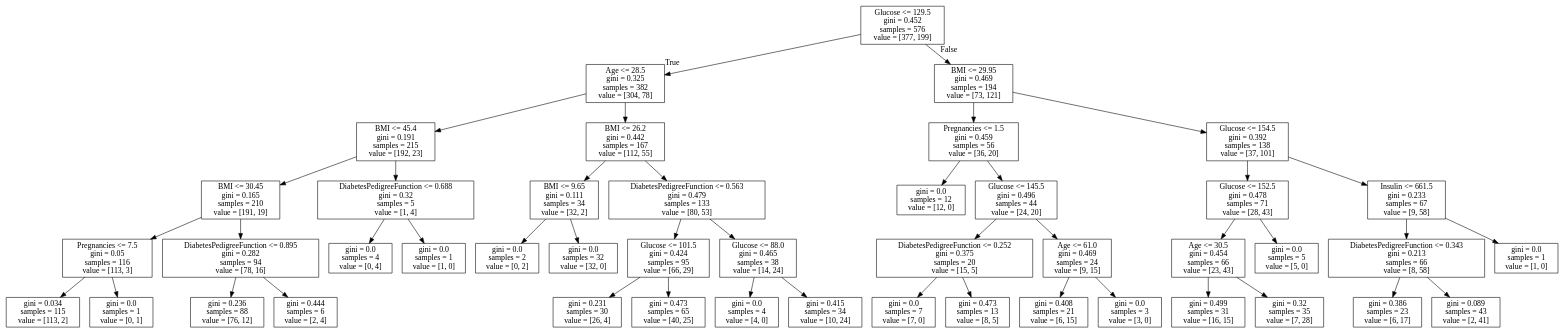
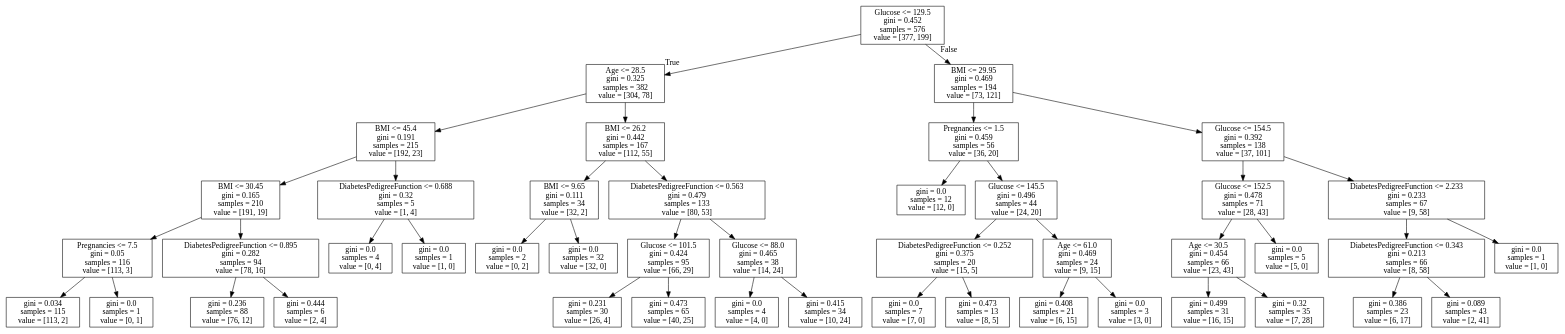
The diagram in diabetes.dot (ml-medics/diabetes-ml-study), drawn with Graphviz before and after one commit. The commit also changed 4 other files, not shown here.

```diff
--- a/diabetes.dot
+++ b/diabetes.dot
@@ -1,92 +1,92 @@
 digraph Tree {
 node [shape=box] ;
 0 [label="Glucose <= 129.5\ngini = 0.452\nsamples = 576\nvalue = [377, 199]"] ;
 1 [label="Age <= 28.5\ngini = 0.325\nsamples = 382\nvalue = [304, 78]"] ;
 0 -> 1 [labeldistance=2.5, labelangle=45, headlabel="True"] ;
 2 [label="BMI <= 45.4\ngini = 0.191\nsamples = 215\nvalue = [192, 23]"] ;
 1 -> 2 ;
 3 [label="BMI <= 30.45\ngini = 0.165\nsamples = 210\nvalue = [191, 19]"] ;
 2 -> 3 ;
 4 [label="Pregnancies <= 7.5\ngini = 0.05\nsamples = 116\nvalue = [113, 3]"] ;
 3 -> 4 ;
 5 [label="gini = 0.034\nsamples = 115\nvalue = [113, 2]"] ;
 4 -> 5 ;
 6 [label="gini = 0.0\nsamples = 1\nvalue = [0, 1]"] ;
 4 -> 6 ;
 7 [label="DiabetesPedigreeFunction <= 0.895\ngini = 0.282\nsamples = 94\nvalue = [78, 16]"] ;
 3 -> 7 ;
 8 [label="gini = 0.236\nsamples = 88\nvalue = [76, 12]"] ;
 7 -> 8 ;
 9 [label="gini = 0.444\nsamples = 6\nvalue = [2, 4]"] ;
 7 -> 9 ;
 10 [label="DiabetesPedigreeFunction <= 0.688\ngini = 0.32\nsamples = 5\nvalue = [1, 4]"] ;
 2 -> 10 ;
 11 [label="gini = 0.0\nsamples = 4\nvalue = [0, 4]"] ;
 10 -> 11 ;
 12 [label="gini = 0.0\nsamples = 1\nvalue = [1, 0]"] ;
 10 -> 12 ;
 13 [label="BMI <= 26.2\ngini = 0.442\nsamples = 167\nvalue = [112, 55]"] ;
 1 -> 13 ;
 14 [label="BMI <= 9.65\ngini = 0.111\nsamples = 34\nvalue = [32, 2]"] ;
 13 -> 14 ;
 15 [label="gini = 0.0\nsamples = 2\nvalue = [0, 2]"] ;
 14 -> 15 ;
 16 [label="gini = 0.0\nsamples = 32\nvalue = [32, 0]"] ;
 14 -> 16 ;
 17 [label="DiabetesPedigreeFunction <= 0.563\ngini = 0.479\nsamples = 133\nvalue = [80, 53]"] ;
 13 -> 17 ;
 18 [label="Glucose <= 101.5\ngini = 0.424\nsamples = 95\nvalue = [66, 29]"] ;
 17 -> 18 ;
 19 [label="gini = 0.231\nsamples = 30\nvalue = [26, 4]"] ;
 18 -> 19 ;
 20 [label="gini = 0.473\nsamples = 65\nvalue = [40, 25]"] ;
 18 -> 20 ;
 21 [label="Glucose <= 88.0\ngini = 0.465\nsamples = 38\nvalue = [14, 24]"] ;
 17 -> 21 ;
 22 [label="gini = 0.0\nsamples = 4\nvalue = [4, 0]"] ;
 21 -> 22 ;
 23 [label="gini = 0.415\nsamples = 34\nvalue = [10, 24]"] ;
 21 -> 23 ;
 24 [label="BMI <= 29.95\ngini = 0.469\nsamples = 194\nvalue = [73, 121]"] ;
 0 -> 24 [labeldistance=2.5, labelangle=-45, headlabel="False"] ;
 25 [label="Pregnancies <= 1.5\ngini = 0.459\nsamples = 56\nvalue = [36, 20]"] ;
 24 -> 25 ;
 26 [label="gini = 0.0\nsamples = 12\nvalue = [12, 0]"] ;
 25 -> 26 ;
 27 [label="Glucose <= 145.5\ngini = 0.496\nsamples = 44\nvalue = [24, 20]"] ;
 25 -> 27 ;
 28 [label="DiabetesPedigreeFunction <= 0.252\ngini = 0.375\nsamples = 20\nvalue = [15, 5]"] ;
 27 -> 28 ;
 29 [label="gini = 0.0\nsamples = 7\nvalue = [7, 0]"] ;
 28 -> 29 ;
 30 [label="gini = 0.473\nsamples = 13\nvalue = [8, 5]"] ;
 28 -> 30 ;
 31 [label="Age <= 61.0\ngini = 0.469\nsamples = 24\nvalue = [9, 15]"] ;
 27 -> 31 ;
 32 [label="gini = 0.408\nsamples = 21\nvalue = [6, 15]"] ;
 31 -> 32 ;
 33 [label="gini = 0.0\nsamples = 3\nvalue = [3, 0]"] ;
 31 -> 33 ;
 34 [label="Glucose <= 154.5\ngini = 0.392\nsamples = 138\nvalue = [37, 101]"] ;
 24 -> 34 ;
 35 [label="Glucose <= 152.5\ngini = 0.478\nsamples = 71\nvalue = [28, 43]"] ;
 34 -> 35 ;
 36 [label="Age <= 30.5\ngini = 0.454\nsamples = 66\nvalue = [23, 43]"] ;
 35 -> 36 ;
 37 [label="gini = 0.499\nsamples = 31\nvalue = [16, 15]"] ;
 36 -> 37 ;
 38 [label="gini = 0.32\nsamples = 35\nvalue = [7, 28]"] ;
 36 -> 38 ;
 39 [label="gini = 0.0\nsamples = 5\nvalue = [5, 0]"] ;
 35 -> 39 ;
-40 [label="Insulin <= 661.5\ngini = 0.233\nsamples = 67\nvalue = [9, 58]"] ;
+40 [label="DiabetesPedigreeFunction <= 2.233\ngini = 0.233\nsamples = 67\nvalue = [9, 58]"] ;
 34 -> 40 ;
 41 [label="DiabetesPedigreeFunction <= 0.343\ngini = 0.213\nsamples = 66\nvalue = [8, 58]"] ;
 40 -> 41 ;
 42 [label="gini = 0.386\nsamples = 23\nvalue = [6, 17]"] ;
 41 -> 42 ;
 43 [label="gini = 0.089\nsamples = 43\nvalue = [2, 41]"] ;
 41 -> 43 ;
 44 [label="gini = 0.0\nsamples = 1\nvalue = [1, 0]"] ;
 40 -> 44 ;
 }
```
